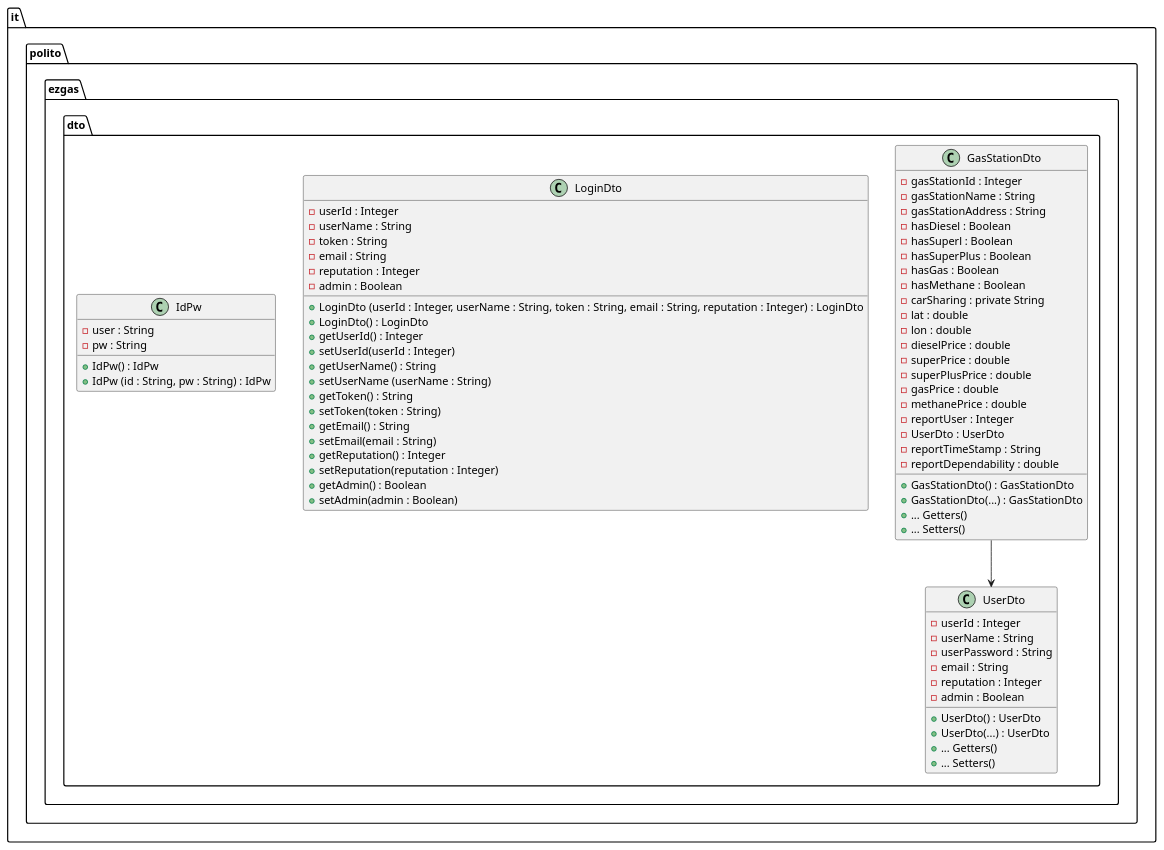
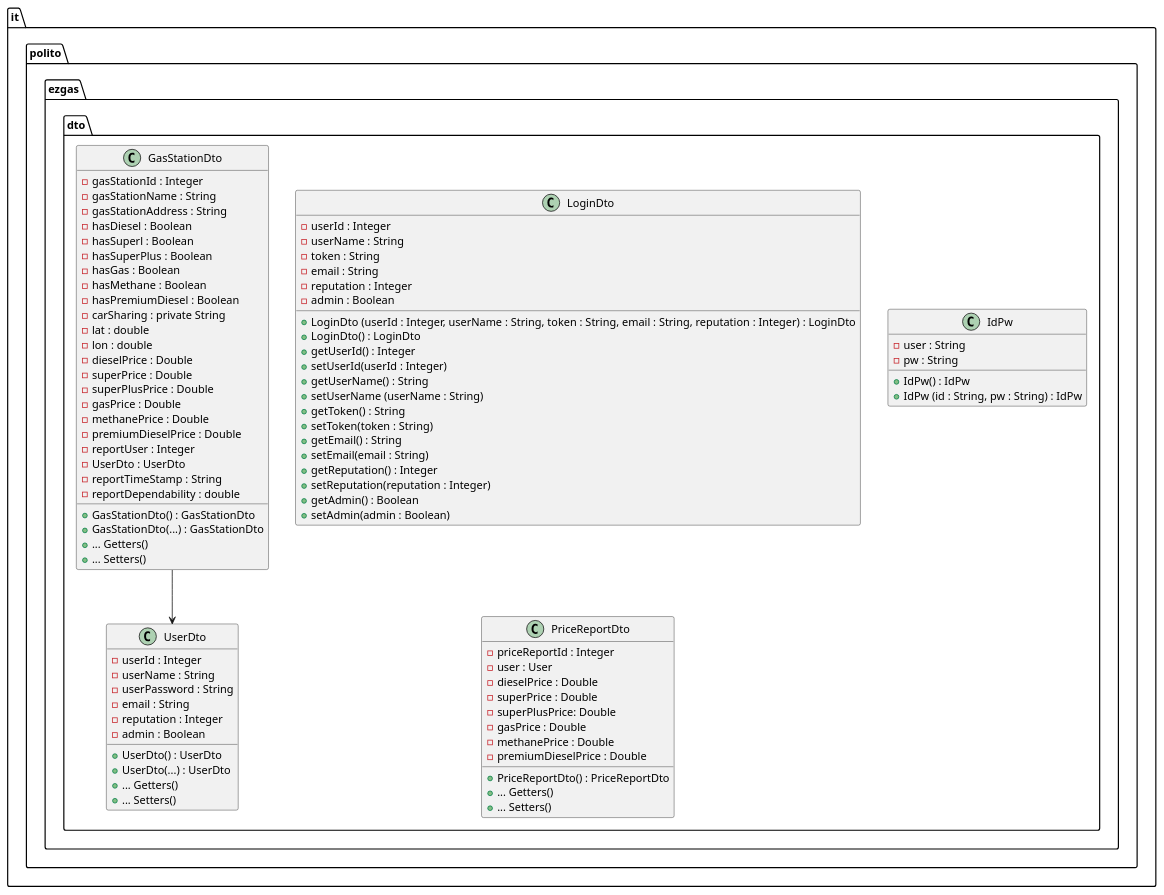
One commit to lucarinelli/ezgas changed the sixth of 13 diagrams in docs/DesignDocument.md. Above: the diagram before and after it, drawn with PlantUML. The commit also changed other lines of this file, not shown here.

```diff
--- a/docs/DesignDocument.md
+++ b/docs/DesignDocument.md
@@ -308,14 +313,16 @@
             -hasSuperPlus : Boolean
             -hasGas : Boolean
             -hasMethane : Boolean
+            -hasPremiumDiesel : Boolean
             -carSharing : private String
             -lat : double
             -lon : double
-            -dieselPrice : double
-            -superPrice : double
-            -superPlusPrice : double
-            -gasPrice : double
-            -methanePrice : double
+            -dieselPrice : Double
+            -superPrice : Double
+            -superPlusPrice : Double
+            -gasPrice : Double
+            -methanePrice : Double
+            -premiumDieselPrice : Double
             -reportUser : Integer
             -UserDto : UserDto
             -reportTimeStamp : String
@@ -365,6 +372,20 @@
             +IdPw() : IdPw
             +IdPw (id : String, pw : String) : IdPw
         }
+        class PriceReportDto{
+            -priceReportId : Integer
+            -user : User
+            -dieselPrice : Double
+            -superPrice : Double
+            -superPlusPrice: Double
+            -gasPrice : Double
+            -methanePrice : Double
+            -premiumDieselPrice : Double
+            +PriceReportDto() : PriceReportDto
+            + ... Getters()
+            + ... Setters()
+        }
+
     }
 
 GasStationDto --> UserDto
```
